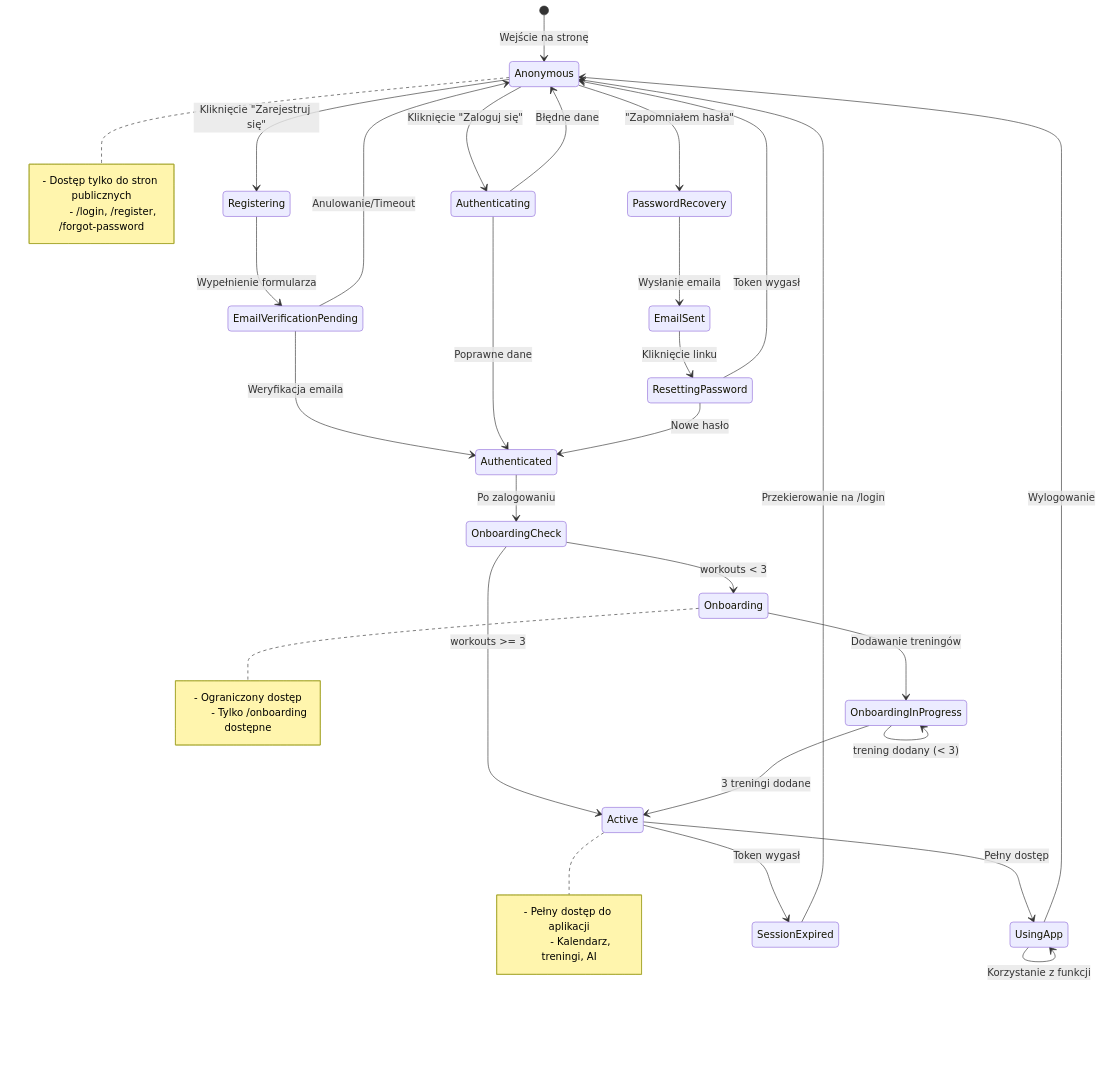
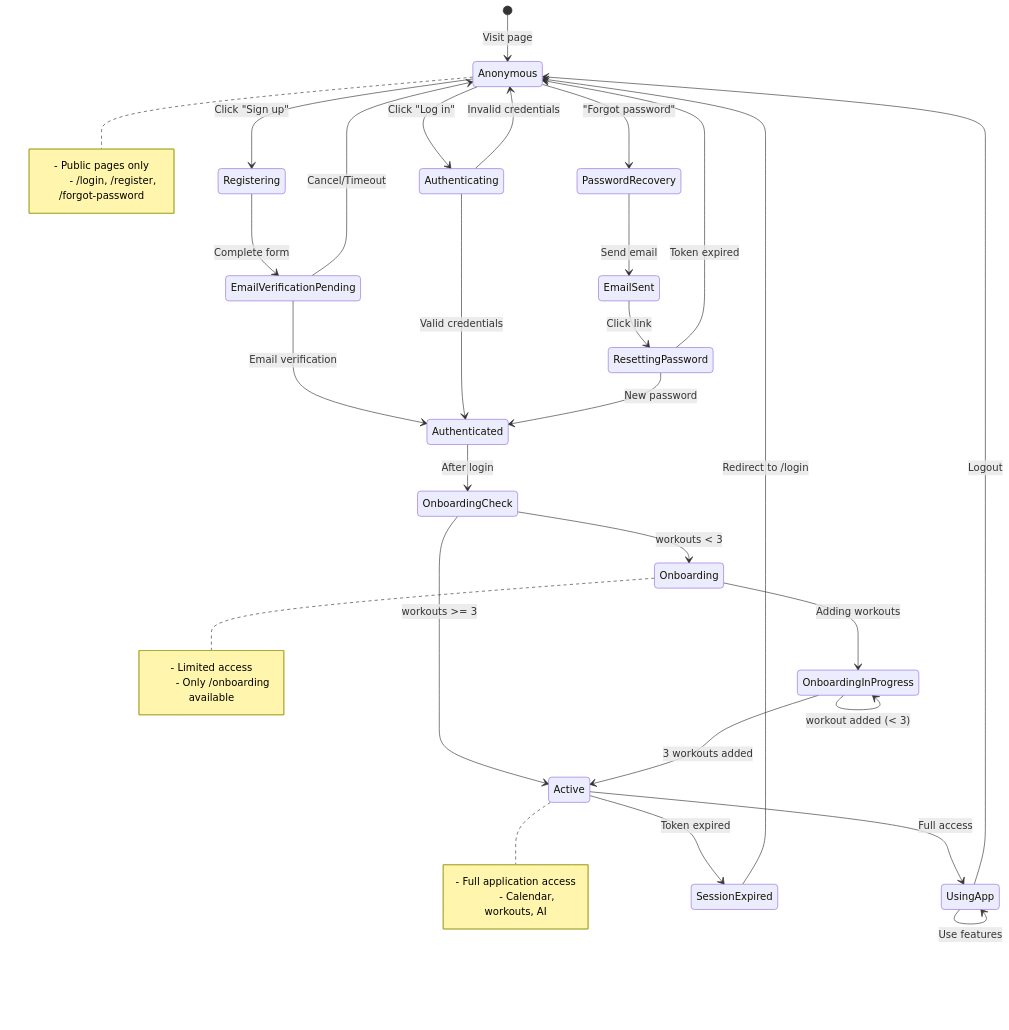
The seventh of 10 diagrams in .ai/auth-journey-diagram.md (Filipsky5/traning-planner), drawn with Mermaid before and after one commit. The commit also changed other lines of this file and 31 other files, not shown here.

````diff
--- a/.ai/auth-journey-diagram.md
+++ b/.ai/auth-journey-diagram.md
@@ -343,51 +343,51 @@
 ```mermaid
 stateDiagram-v2
-    [*] --> Anonymous: Wejście na stronę
+    [*] --> Anonymous: Visit page
 
-    Anonymous --> Registering: Kliknięcie "Zarejestruj się"
-    Registering --> EmailVerificationPending: Wypełnienie formularza
-    EmailVerificationPending --> Authenticated: Weryfikacja emaila
-    EmailVerificationPending --> Anonymous: Anulowanie/Timeout
+    Anonymous --> Registering: Click "Sign up"
+    Registering --> EmailVerificationPending: Complete form
+    EmailVerificationPending --> Authenticated: Email verification
+    EmailVerificationPending --> Anonymous: Cancel/Timeout
 
-    Anonymous --> Authenticating: Kliknięcie "Zaloguj się"
-    Authenticating --> Authenticated: Poprawne dane
-    Authenticating --> Anonymous: Błędne dane
+    Anonymous --> Authenticating: Click "Log in"
+    Authenticating --> Authenticated: Valid credentials
+    Authenticating --> Anonymous: Invalid credentials
 
-    Anonymous --> PasswordRecovery: "Zapomniałem hasła"
-    PasswordRecovery --> EmailSent: Wysłanie emaila
-    EmailSent --> ResettingPassword: Kliknięcie linku
-    ResettingPassword --> Authenticated: Nowe hasło
-    ResettingPassword --> Anonymous: Token wygasł
+    Anonymous --> PasswordRecovery: "Forgot password"
+    PasswordRecovery --> EmailSent: Send email
+    EmailSent --> ResettingPassword: Click link
+    ResettingPassword --> Authenticated: New password
+    ResettingPassword --> Anonymous: Token expired
 
-    Authenticated --> OnboardingCheck: Po zalogowaniu
+    Authenticated --> OnboardingCheck: After login
 
     state OnboardingCheck <<choice>>
     OnboardingCheck --> Onboarding: workouts < 3
     OnboardingCheck --> Active: workouts >= 3
 
-    Onboarding --> OnboardingInProgress: Dodawanie treningów
-    OnboardingInProgress --> OnboardingInProgress: trening dodany (< 3)
-    OnboardingInProgress --> Active: 3 treningi dodane
+    Onboarding --> OnboardingInProgress: Adding workouts
+    OnboardingInProgress --> OnboardingInProgress: workout added (< 3)
+    OnboardingInProgress --> Active: 3 workouts added
 
-    Active --> UsingApp: Pełny dostęp
-    UsingApp --> UsingApp: Korzystanie z funkcji
-    UsingApp --> Anonymous: Wylogowanie
+    Active --> UsingApp: Full access
+    UsingApp --> UsingApp: Use features
+    UsingApp --> Anonymous: Logout
 
-    Active --> SessionExpired: Token wygasł
-    SessionExpired --> Anonymous: Przekierowanie na /login
+    Active --> SessionExpired: Token expired
+    SessionExpired --> Anonymous: Redirect to /login
 
     note right of Anonymous
-        - Dostęp tylko do stron publicznych
+        - Public pages only
         - /login, /register, /forgot-password
     end note
 
     note right of Active
-        - Pełny dostęp do aplikacji
-        - Kalendarz, treningi, AI
+        - Full application access
+        - Calendar, workouts, AI
     end note
 
     note right of Onboarding
-        - Ograniczony dostęp
-        - Tylko /onboarding dostępne
+        - Limited access
+        - Only /onboarding available
     end note
 ```
````
